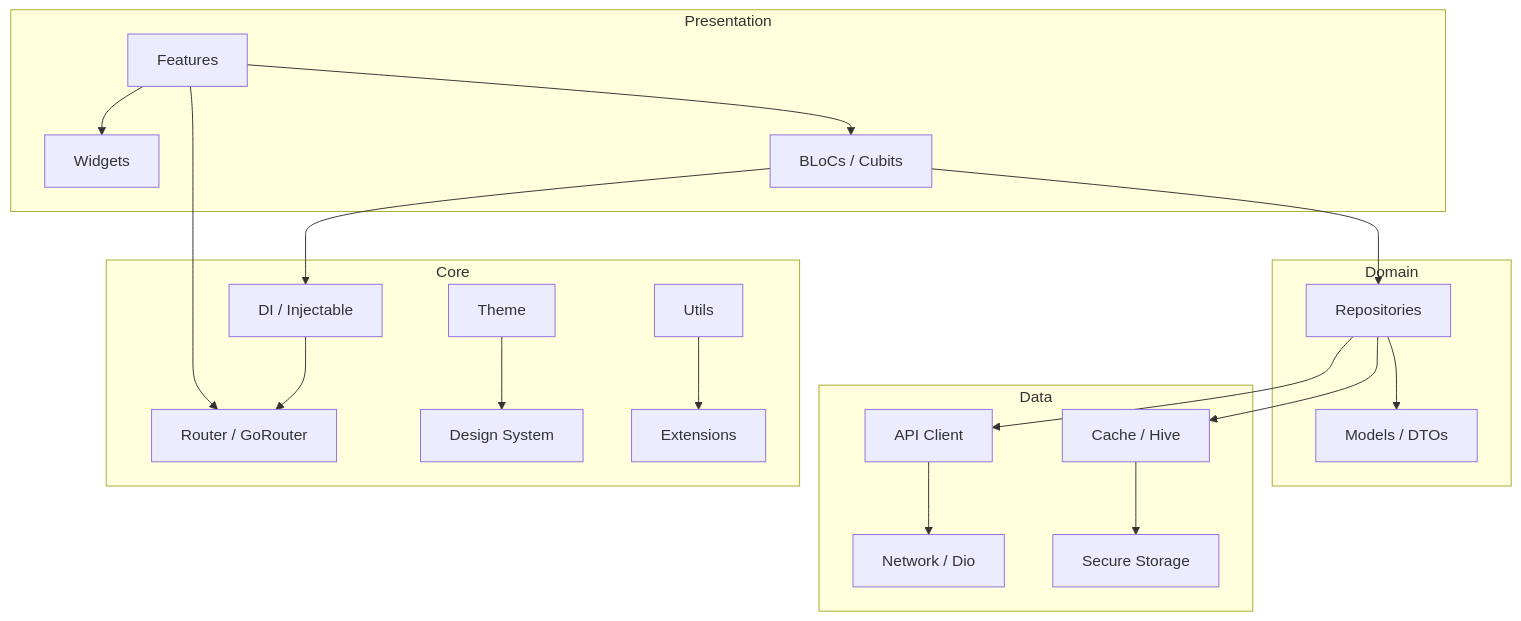
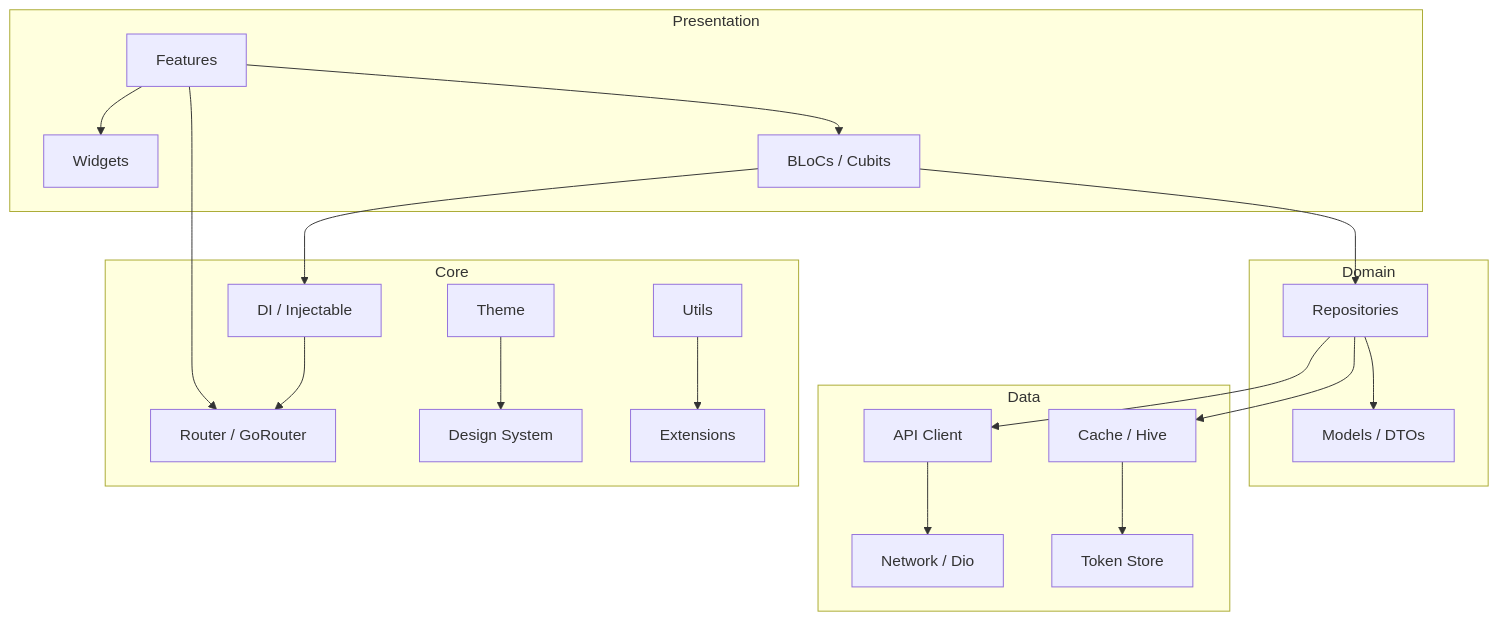
The diagram in README.md (tsnAnh/flutter-agentic-starter), drawn with Mermaid before and after one commit. The commit also changed other lines of this file and 45 other files, not shown here.

````diff
--- a/README.md
+++ b/README.md
@@ -20,28 +20,28 @@
 ```mermaid
 graph TD
     subgraph Presentation
         F[Features] --> W[Widgets]
         F --> B[BLoCs / Cubits]
     end
 
     subgraph Domain
         R[Repositories] --> M[Models / DTOs]
     end
 
     subgraph Data
         A[API Client] --> N[Network / Dio]
-        C[Cache / Hive] --> SS[Secure Storage]
+        C[Cache / Hive] --> TS[Token Store]
     end
 
     subgraph Core
         DI[DI / Injectable] --> RO[Router / GoRouter]
         TH[Theme] --> DS[Design System]
         U[Utils] --> EX[Extensions]
     end
 
     B --> R
     R --> A
     R --> C
     F --> RO
     B --> DI
 ```
````
